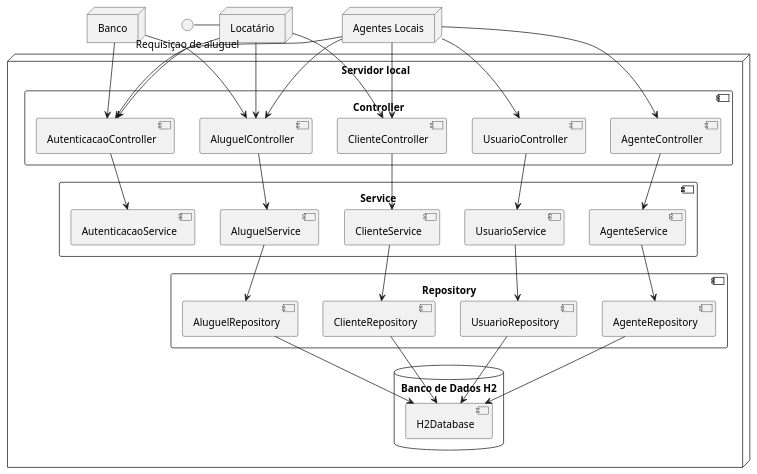
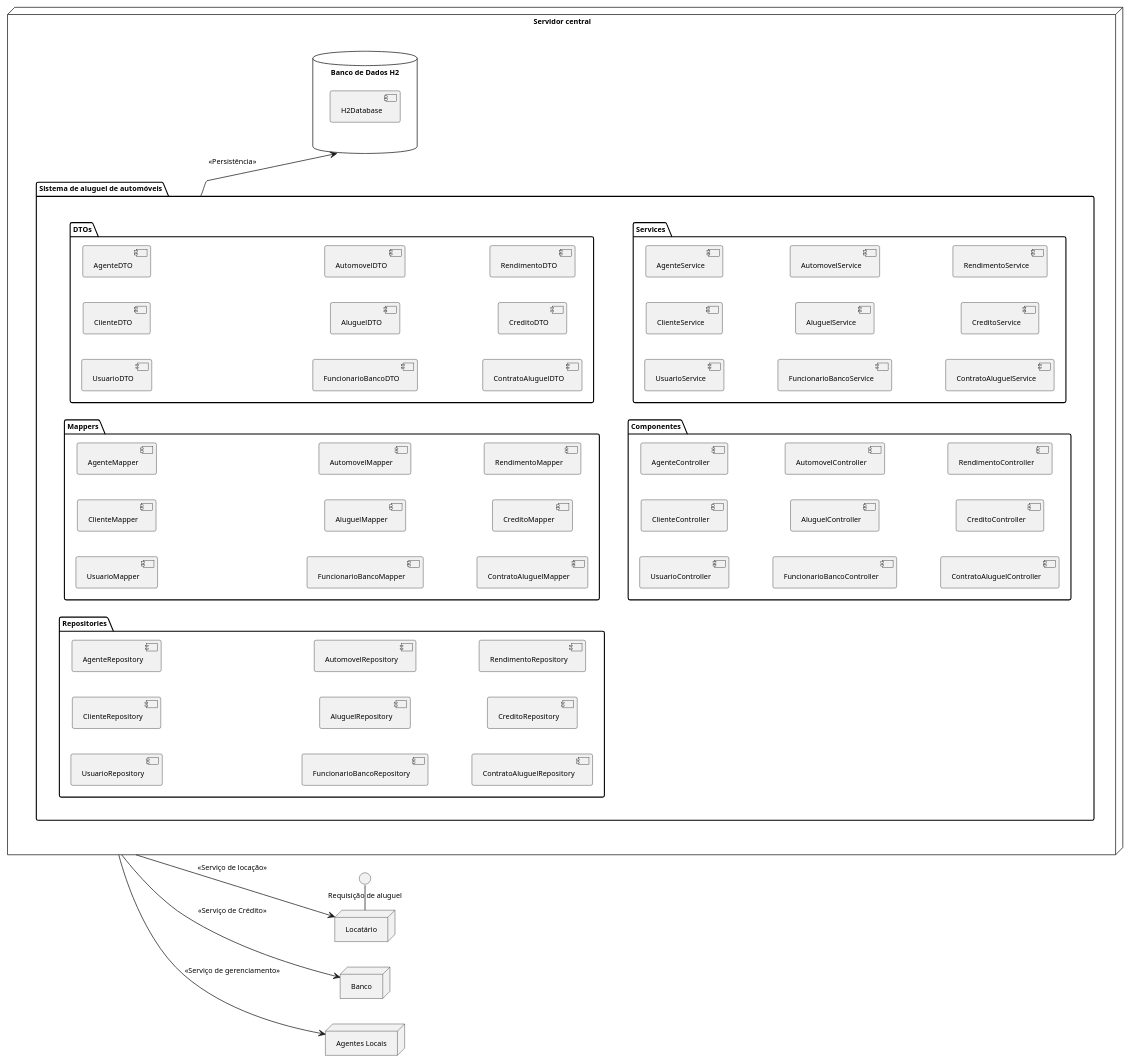
Before and after one commit to software-engineering-graduation/sistema_aluguel_carros-lds2024: the diagram in projeto/diagrama_de_componentes.puml, drawn with PlantUML.

```diff
--- a/projeto/diagrama_de_componentes.puml
+++ b/projeto/diagrama_de_componentes.puml
@@ -1,73 +1,93 @@
 @startuml
-node "Servidor local" {
-    component "Controller" {
-        [UsuarioController] 
-        [ClienteController]
-        [AgenteController]
-        [AluguelController]
-        [AutenticacaoController]
+left to right direction
+skinparam defaultFontSize 10
+
+node "Servidor central" {
+    package "Sistema de aluguel de automóveis" {
+        package "DTOs" {
+            component UsuarioDTO
+            component ClienteDTO
+            component AgenteDTO
+            component FuncionarioBancoDTO
+            component AluguelDTO
+            component AutomovelDTO
+            component ContratoAluguelDTO
+            component CreditoDTO
+            component RendimentoDTO
+        }
+
+        package "Mappers" {
+            component UsuarioMapper
+            component ClienteMapper
+            component AgenteMapper
+            component FuncionarioBancoMapper
+            component AluguelMapper
+            component AutomovelMapper
+            component ContratoAluguelMapper
+            component CreditoMapper
+            component RendimentoMapper
+        }
+
+        package "Repositories" {
+            component UsuarioRepository
+            component ClienteRepository
+            component AgenteRepository
+            component FuncionarioBancoRepository
+            component AluguelRepository
+            component AutomovelRepository
+            component ContratoAluguelRepository
+            component CreditoRepository
+            component RendimentoRepository
+        }
+
+        package "Services" {
+            component UsuarioService
+            component ClienteService
+            component AgenteService
+            component FuncionarioBancoService
+            component AluguelService
+            component AutomovelService
+            component ContratoAluguelService
+            component CreditoService
+            component RendimentoService
+        }
+
+        package "Componentes" {
+            component UsuarioController
+            component ClienteController
+            component AgenteController
+            component FuncionarioBancoController
+            component AluguelController
+            component AutomovelController
+            component ContratoAluguelController
+            component CreditoController
+            component RendimentoController
+        }
     }
-
-    component "Service" {
-        [UsuarioService] 
-        [ClienteService]
-        [AgenteService]
-        [AluguelService]
-        [AutenticacaoService]
-    }
-
-    component "Repository" {
-        [UsuarioRepository]
-        [ClienteRepository]
-        [AgenteRepository]
-        [AluguelRepository]
-    }
-
-
-    database "Banco de Dados H2" {
-        [H2Database]
-    }
+database "Banco de Dados H2" {
+    [H2Database]
+}
 }
 
 node "Banco" {
+    component CreditoService
 }
 
 node "Agentes Locais" {
+    component AgenteService
 }
 
 node "Locatário" {
+    component ClienteService
 }
 
-interface "Requisiçao de aluguel" as RAL
+interface "Requisição de aluguel" as RAL
 
-RAL  - [Locatário]
+RAL - [Locatário]
 
-"Locatário" --> AluguelController
-"Locatário" --> ClienteController
-"Locatário" --> AutenticacaoController
+"Sistema de aluguel de automóveis" --> "Banco de Dados H2" : <<Persistência>>
+"Servidor central" --> "Banco" : <<Serviço de Crédito>>
+"Servidor central" --> "Agentes Locais" : <<Serviço de gerenciamento>>
+"Servidor central" --> "Locatário" : <<Serviço de locação>>
 
-"Banco" --> AluguelController
-"Banco" --> AutenticacaoController
-
-"Agentes Locais" --> UsuarioController
-"Agentes Locais" --> ClienteController
-"Agentes Locais" --> AgenteController
-"Agentes Locais" --> AluguelController
-"Agentes Locais" --> AutenticacaoController
-
-UsuarioController --> UsuarioService
-ClienteController --> ClienteService
-AgenteController --> AgenteService
-AluguelController --> AluguelService
-AutenticacaoController --> AutenticacaoService
-
-UsuarioService --> UsuarioRepository
-ClienteService --> ClienteRepository
-AgenteService --> AgenteRepository
-AluguelService --> AluguelRepository
-
-UsuarioRepository --> H2Database
-ClienteRepository --> H2Database
-AgenteRepository --> H2Database
-AluguelRepository --> H2Database
 @enduml
```
